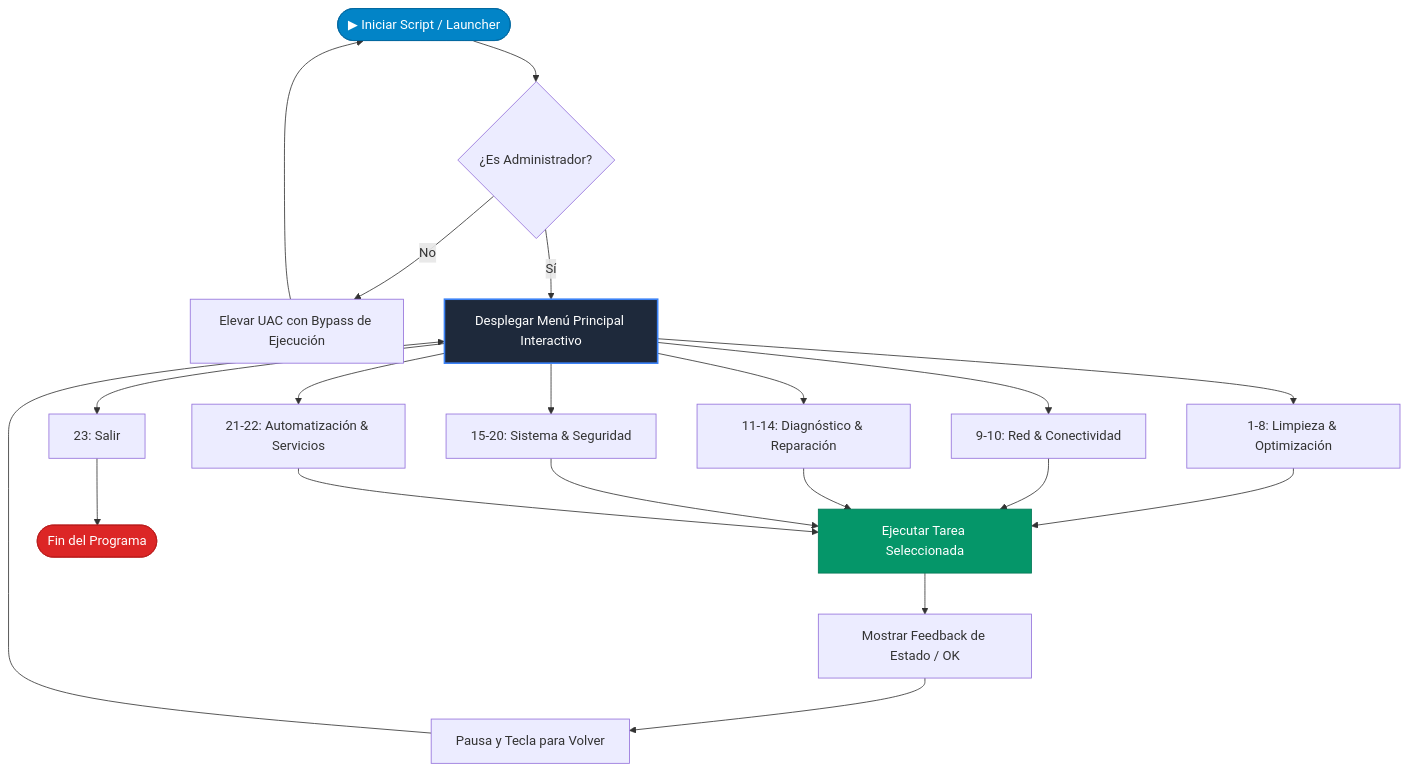
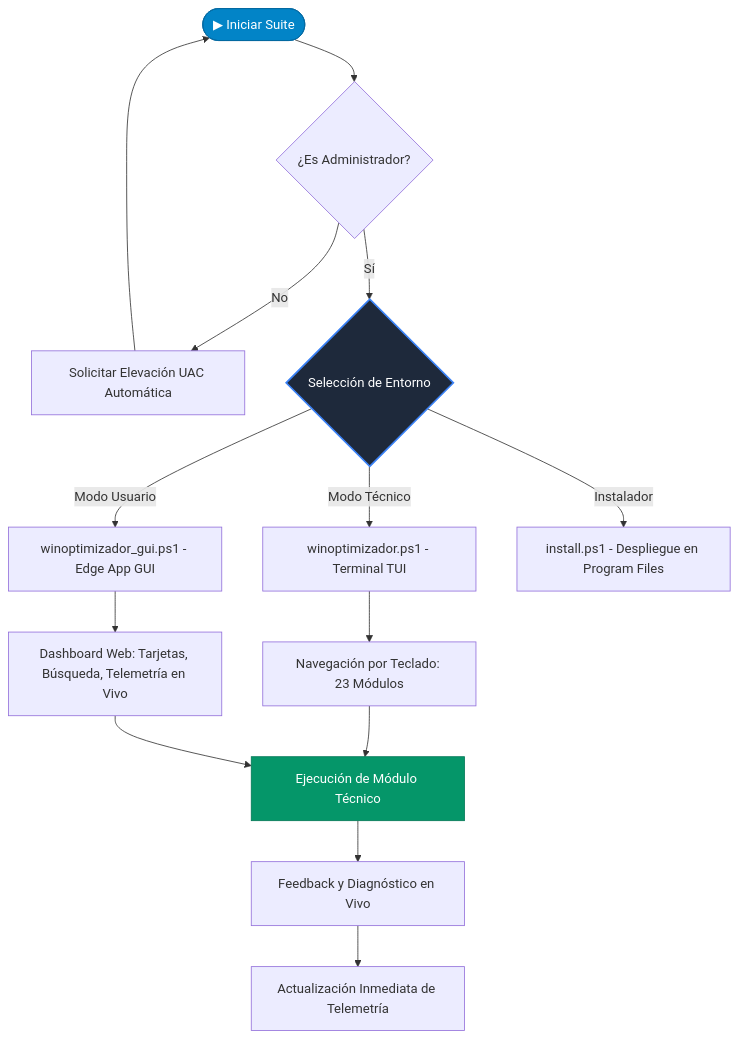
One commit to Luis3223/proyecto-mantenimiento-de-os changed the diagram in README.md. Above: the diagram before and after it, drawn with Mermaid. The commit also changed other lines of this file and 20 other files, not shown here.

Commit message:
feat: Win-Optimizador Pro v2.0 - suite interactiva TUI, GUI moderna, analizador de archivos pesados e instalador

````diff
--- a/README.md
+++ b/README.md
@@ -49,30 +125,24 @@
 ```mermaid
 flowchart TD
-    A([▶ Iniciar Script / Launcher]) --> B{¿Es Administrador?}
-    B -- No --> C[Elevar UAC con Bypass de Ejecución]
+    A([▶ Iniciar Suite]) --> B{¿Es Administrador?}
+    B -- No --> C[Solicitar Elevación UAC Automática]
     C --> A
-    B -- Sí --> D[Desplegar Menú Principal Interactivo]
+    B -- Sí --> D{Selección de Entorno}
 
-    D --> E[1-8: Limpieza & Optimización]
-    D --> F[9-10: Red & Conectividad]
-    D --> G[11-14: Diagnóstico & Reparación]
-    D --> H[15-20: Sistema & Seguridad]
-    D --> I[21-22: Automatización & Servicios]
-    D --> J[23: Salir]
+    D -->|Modo Técnico| E[winoptimizador.ps1 - Terminal TUI]
+    D -->|Modo Usuario| F[winoptimizador_gui.ps1 - Edge App GUI]
+    D -->|Instalador| G[install.ps1 - Despliegue en Program Files]
 
-    E --> K[Ejecutar Tarea Seleccionada]
-    F --> K
-    G --> K
-    H --> K
-    I --> K
+    E --> H[Navegación por Teclado: 23 Módulos]
+    F --> I[Dashboard Web: Tarjetas, Búsqueda, Telemetría en Vivo]
 
-    K --> L[Mostrar Feedback de Estado / OK]
-    L --> M[Pausa y Tecla para Volver]
-    M --> D
-    J --> N([Fin del Programa])
+    H --> J[Ejecución de Módulo Técnico]
+    I --> J
+
+    J --> K[Feedback y Diagnóstico en Vivo]
+    K --> L[Actualización Inmediata de Telemetría]
 
     style A fill:#0284c7,stroke:#0369a1,color:#fff
     style D fill:#1e293b,stroke:#3b82f6,stroke-width:2px,color:#fff
-    style K fill:#059669,stroke:#047857,color:#fff
-    style N fill:#dc2626,stroke:#b91c1c,color:#fff
+    style J fill:#059669,stroke:#047857,color:#fff
 ```
````
